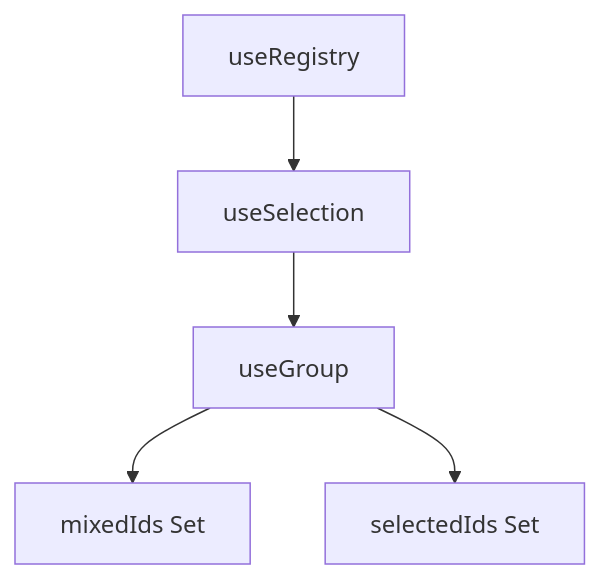
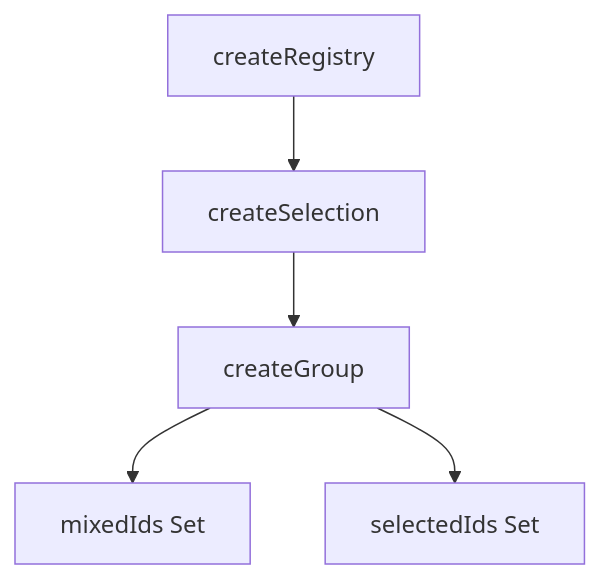
One commit to vuetifyjs/0 changed the diagram in apps/docs/src/pages/composables/selection/create-group.md. Above: the diagram before and after it, drawn with Mermaid. The commit also changed other lines of this file and 33 other files, not shown here.

````diff
--- a/apps/docs/src/pages/composables/selection/create-group.md
+++ b/apps/docs/src/pages/composables/selection/create-group.md
@@ -58,7 +58,7 @@
 ```mermaid "Group Selection Hierarchy"
 flowchart TD
-  useRegistry --> useSelection
-  useSelection --> useGroup
-  useGroup --> mixedIds[mixedIds Set]
-  useGroup --> selectedIds[selectedIds Set]
+  createRegistry --> createSelection
+  createSelection --> createGroup
+  createGroup --> mixedIds[mixedIds Set]
+  createGroup --> selectedIds[selectedIds Set]
 ```
````
